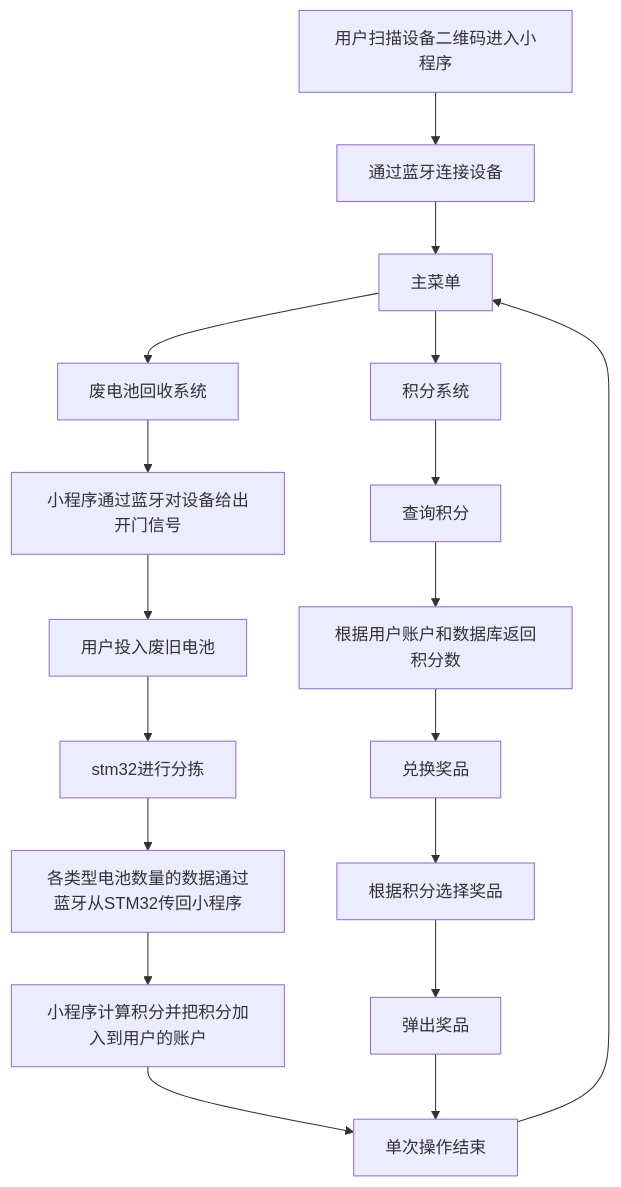
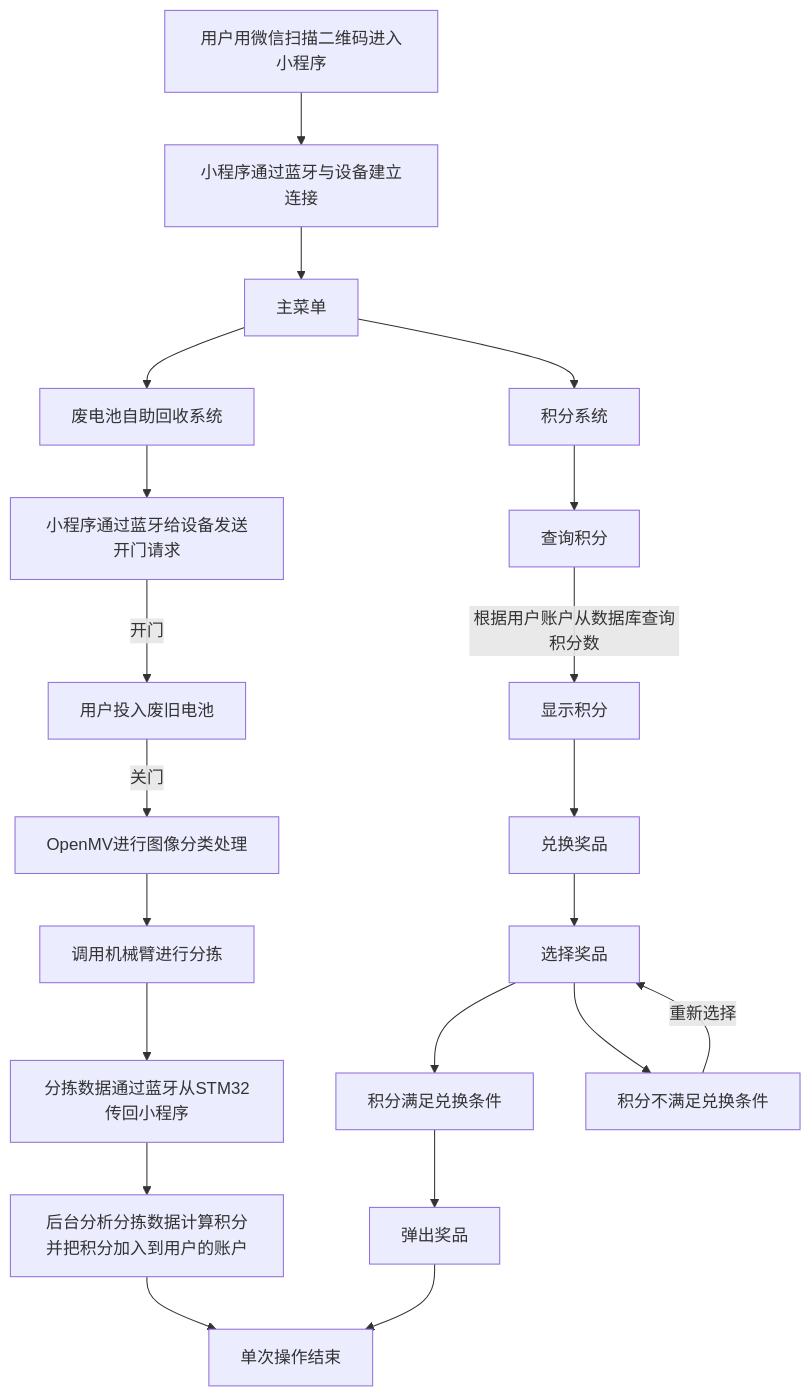
Before and after one commit to zhouxinbin/Notes: the diagram in Other/大创.md, drawn with Mermaid. The commit also changed 1 other file, not shown here.

````diff
--- a/Other/大创.md
+++ b/Other/大创.md
@@ -3,11 +3,13 @@
 ```mermaid
 graph TB
-用户扫描设备二维码进入小程序 --> 通过蓝牙连接设备  -->主菜单
+用户用微信扫描二维码进入小程序 --> 小程序通过蓝牙与设备建立连接  -->主菜单
 
-主菜单 --> 废电池回收系统
+主菜单 --> 废电池自助回收系统
 主菜单 --> 积分系统
 
-废电池回收系统 --> 小程序通过蓝牙对设备给出开门信号  --> 用户投入废旧电池  -->stm32进行分拣  --> 各类型电池数量的数据通过蓝牙从STM32传回小程序 -->小程序计算积分并把积分加入到用户的账户  --> 单次操作结束
+废电池自助回收系统 --> 小程序通过蓝牙给设备发送开门请求  --开门--> 用户投入废旧电池  --关门--> OpenMV进行图像分类处理  --> 调用机械臂进行分拣 --> 分拣数据通过蓝牙从STM32传回小程序 -->后台分析分拣数据计算积分并把积分加入到用户的账户  --> 单次操作结束
 
-积分系统 --> 查询积分 --> 根据用户账户和数据库返回积分数 --> 兑换奖品 --> 根据积分选择奖品 --> 弹出奖品   --> 单次操作结束  -->主菜单
+积分系统 --> 查询积分 --根据用户账户从数据库查询积分数 --> 显示积分--> 兑换奖品 --> 选择奖品 --> 积分满足兑换条件-->弹出奖品   --> 单次操作结束
+
+选择奖品 --> 积分不满足兑换条件--重新选择-->选择奖品
 ```
````
